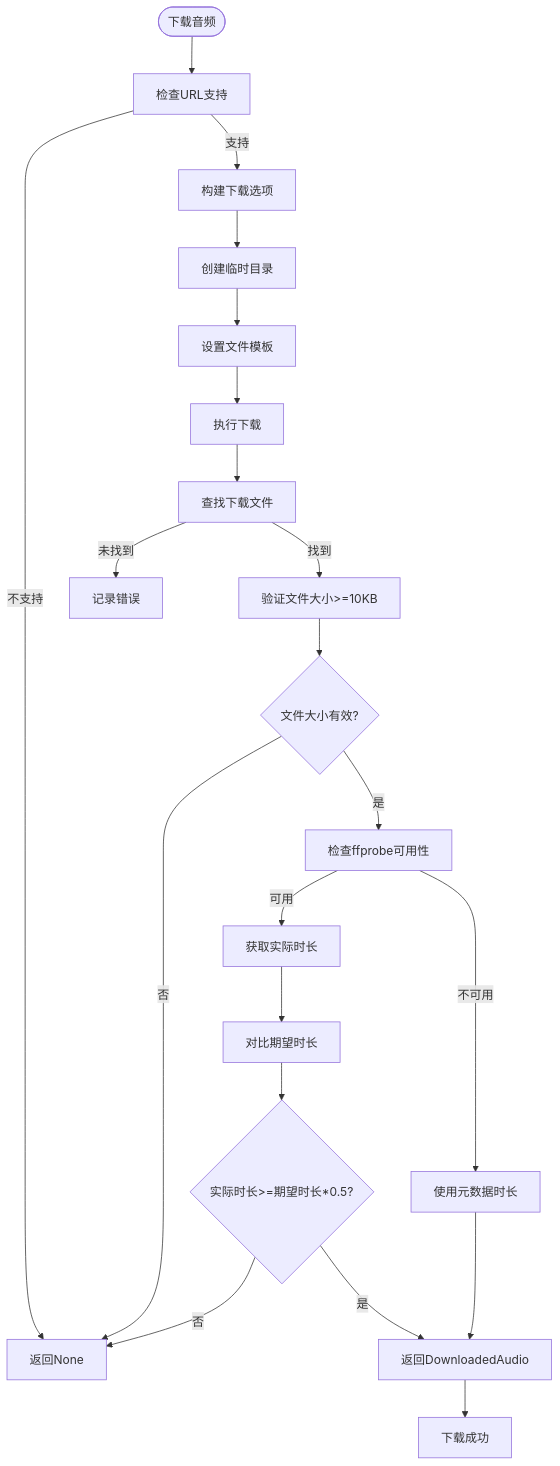
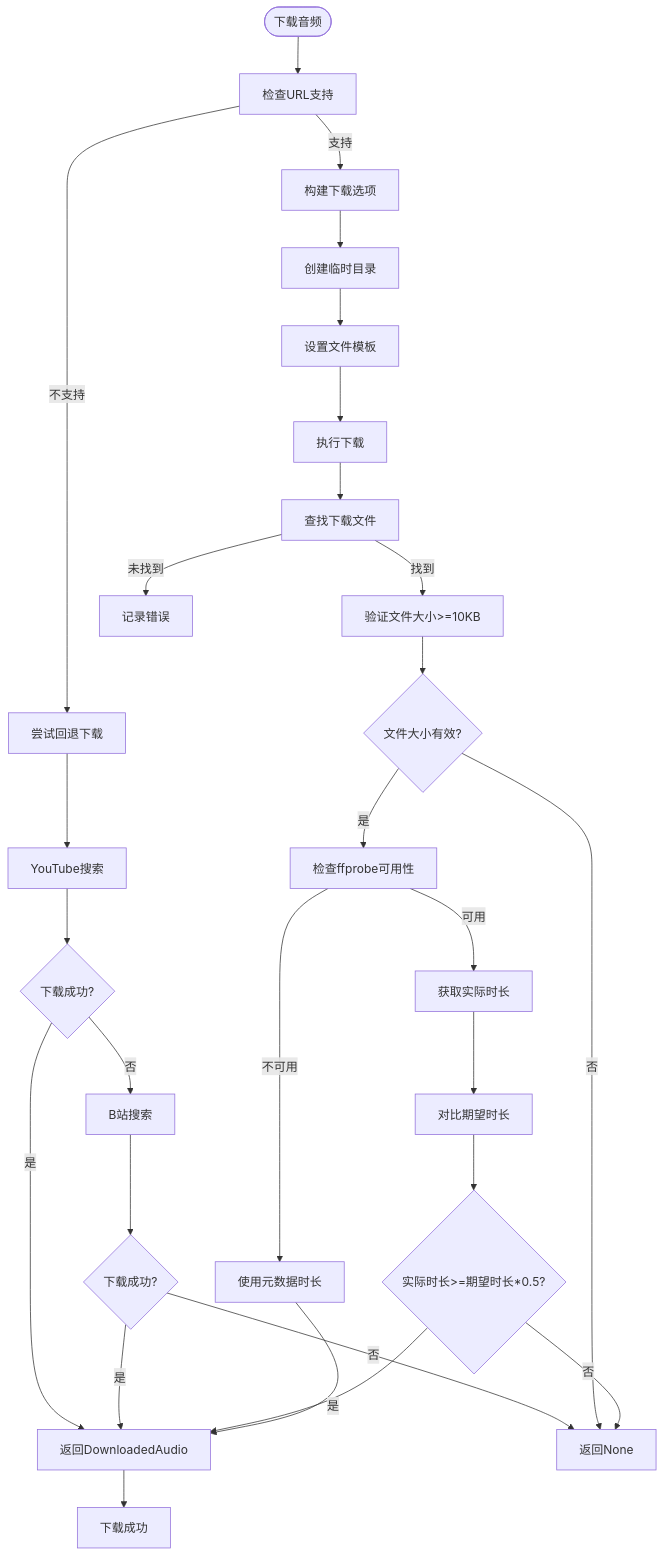
Diagram 11 of 12 in .qoder/repowiki/zh/content/音乐播放系统/音乐播放系统.md (GhoulOwl/Teamspeak3_Bot), drawn with Mermaid before and after one commit. The commit also changed other lines of this file and 13 other files, not shown here.

````diff
--- a/.qoder/repowiki/zh/content/音乐播放系统/音乐播放系统.md
+++ b/.qoder/repowiki/zh/content/音乐播放系统/音乐播放系统.md
@@ -469,23 +660,30 @@
 ```mermaid
 flowchart TD
 Start(["下载音频"]) --> CheckURL["检查URL支持"]
 CheckURL --> |支持| BuildOpts["构建下载选项"]
-CheckURL --> |不支持| Fail["返回None"]
+CheckURL --> |不支持| TryFallback["尝试回退下载"]
+TryFallback --> YouTube["YouTube搜索"]
+YouTube --> CheckYT{"下载成功?"}
+CheckYT --> |是| Return["返回DownloadedAudio"]
+CheckYT --> |否| Bilibili["B站搜索"]
+Bilibili --> CheckBL{"下载成功?"}
+CheckBL --> |是| Return
+CheckBL --> |否| Fail["返回None"]
 BuildOpts --> CreateDir["创建临时目录"]
 CreateDir --> SetTemplate["设置文件模板"]
 SetTemplate --> Download["执行下载"]
 Download --> FindFile["查找下载文件"]
 FindFile --> |找到| ValidateSize["验证文件大小>=10KB"]
 FindFile --> |未找到| Error["记录错误"]
 ValidateSize --> SizeOK{"文件大小有效?"}
 SizeOK --> |否| Fail
 SizeOK --> |是| CheckFFprobe["检查ffprobe可用性"]
 CheckFFprobe --> |可用| GetDuration["获取实际时长"]
 CheckFFprobe --> |不可用| UseMeta["使用元数据时长"]
 GetDuration --> CompareDuration["对比期望时长"]
 CompareDuration --> Valid{"实际时长>=期望时长*0.5?"}
 Valid --> |是| Return["返回DownloadedAudio"]
 Valid --> |否| Fail
 UseMeta --> Return
 Return --> Success["下载成功"]
 ```
````
